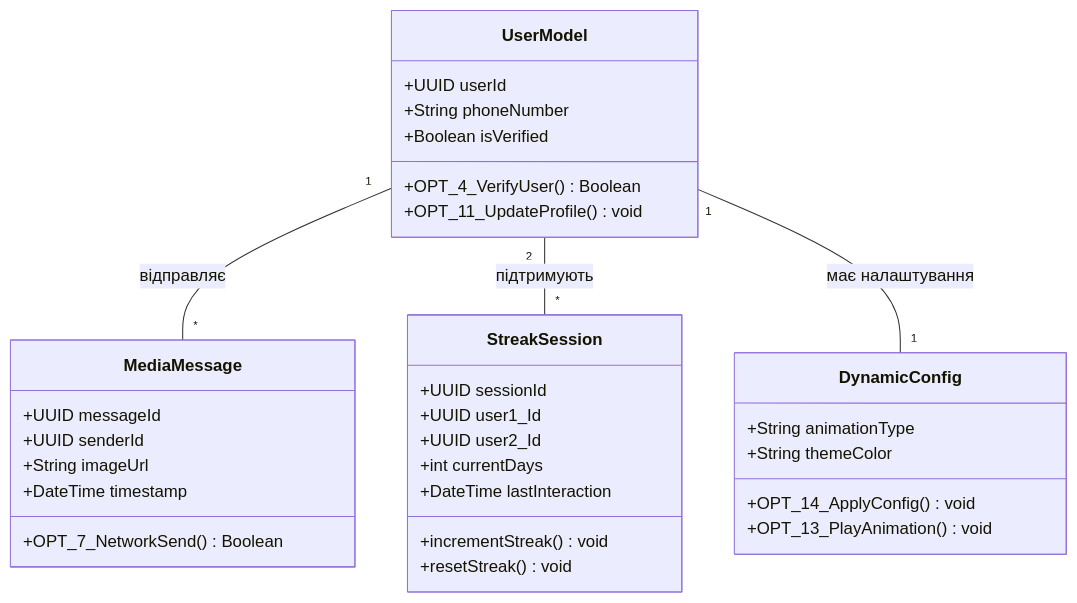
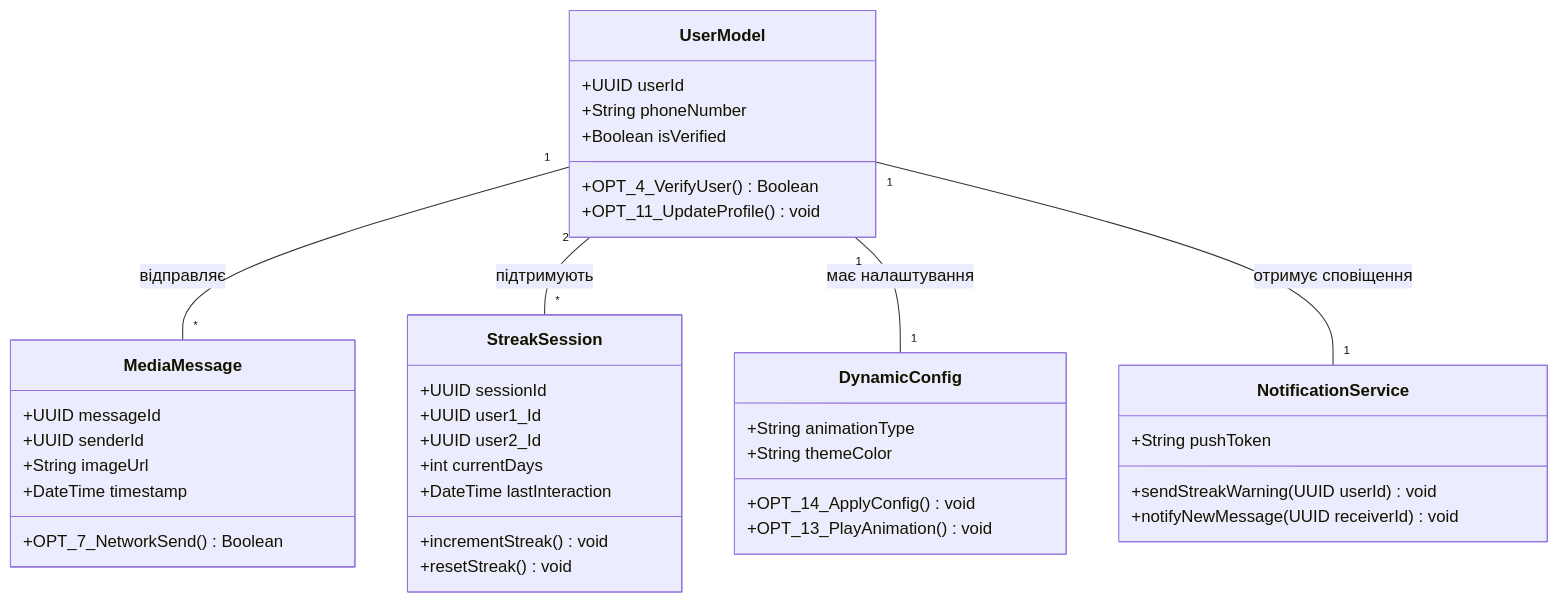
The second of 3 diagrams in README.md (BimbaXdeV/OPI-Practice), drawn with Mermaid before and after one commit.

````diff
--- a/README.md
+++ b/README.md
@@ -41,39 +41,46 @@
 ```mermaid
 classDiagram
     class UserModel {
         +UUID userId
         +String phoneNumber
         +Boolean isVerified
         +OPT_4_VerifyUser() Boolean
         +OPT_11_UpdateProfile() void
     }
 
     class MediaMessage {
         +UUID messageId
         +UUID senderId
         +String imageUrl
         +DateTime timestamp
         +OPT_7_NetworkSend() Boolean
     }
 
     class StreakSession {
         +UUID sessionId
         +UUID user1_Id
         +UUID user2_Id
         +int currentDays
         +DateTime lastInteraction
         +incrementStreak() void
         +resetStreak() void
     }
 
     class DynamicConfig {
         +String animationType
         +String themeColor
         +OPT_14_ApplyConfig() void
         +OPT_13_PlayAnimation() void
     }
 
+    class NotificationService {
+        +String pushToken
+        +sendStreakWarning(UUID userId) void
+        +notifyNewMessage(UUID receiverId) void
+    }
+
     UserModel "1" -- "*" MediaMessage : відправляє
     UserModel "2" -- "*" StreakSession : підтримують
     UserModel "1" -- "1" DynamicConfig : має налаштування
+    UserModel "1" -- "1" NotificationService : отримує сповіщення
 ```
````
